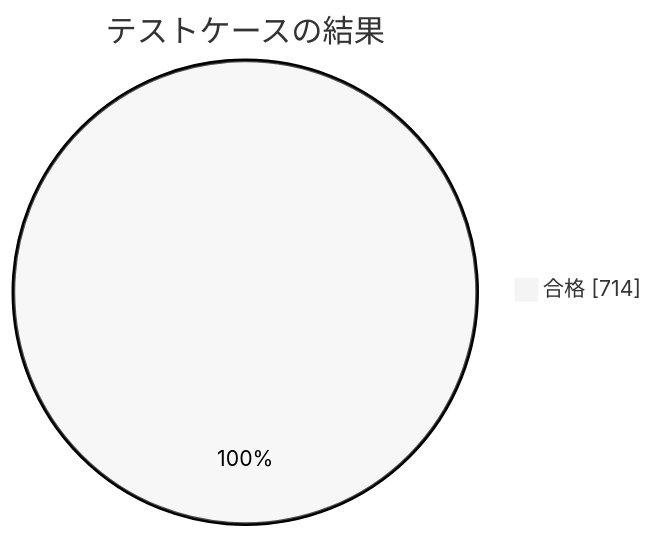
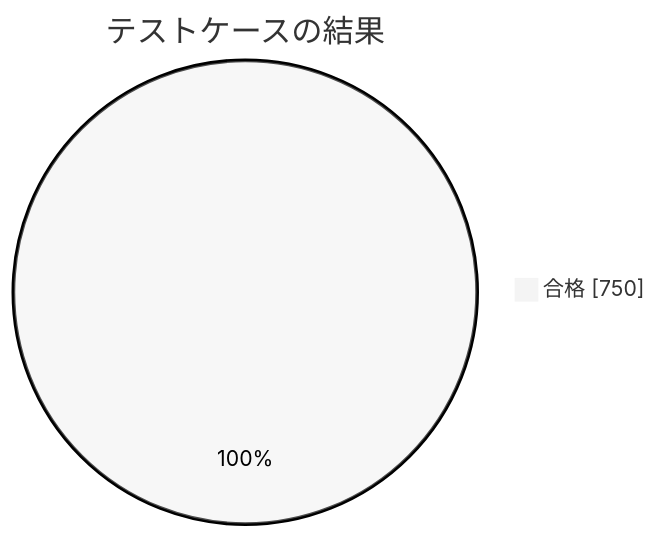
Before and after one commit to pocarialice/rpglearning: the second of 3 diagrams in documents/モジュールテスト結果報告書_RPG学習アプリ.md, drawn with Mermaid (neutral theme). The commit also changed other lines of this file and 1 other file, not shown here.

````diff
--- a/documents/モジュールテスト結果報告書_RPG学習アプリ.md
+++ b/documents/モジュールテスト結果報告書_RPG学習アプリ.md
@@ -64,4 +64,4 @@
 ```mermaid
 pie showData title テストケースの結果
-  "合格" : 714
+  "合格" : 750
 ```
````
